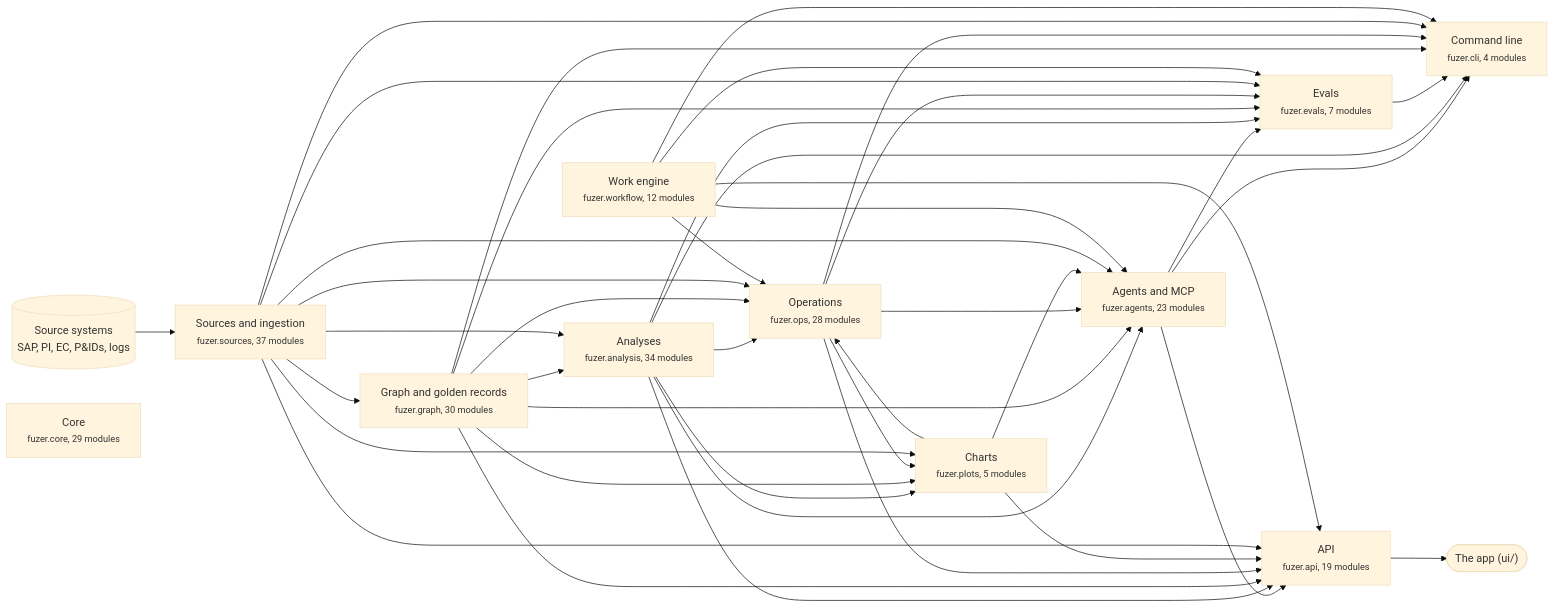
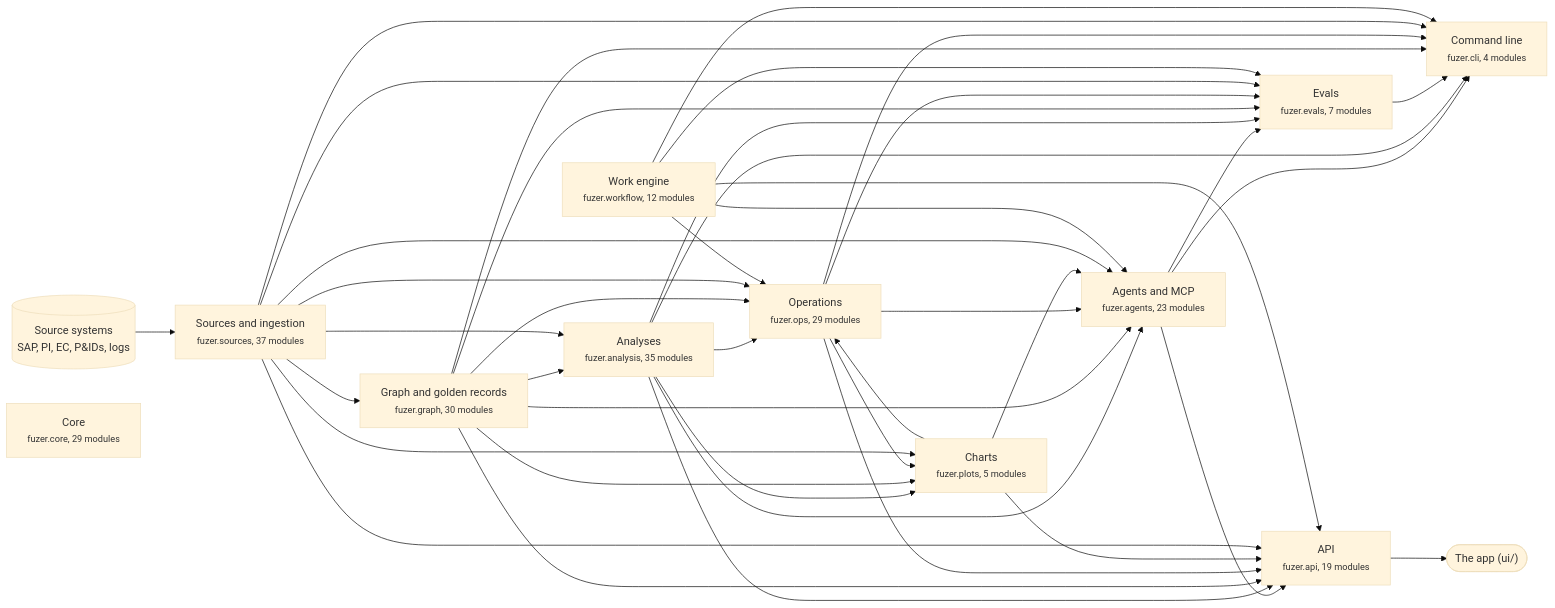
The first of 3 diagrams in docs/architecture.md (areed145/fuzer), drawn with Mermaid (base theme) before and after one commit. The commit also changed other lines of this file and 14 other files, not shown here.

````diff
--- a/docs/architecture.md
+++ b/docs/architecture.md
@@ -8,66 +8,66 @@
 ```mermaid
 flowchart LR
   systems[("Source systems<br>SAP, PI, EC, P&IDs, logs")] --> c_sources
   app(["The app (ui/)"])
   c_api --> app
   c_sources["Sources and ingestion<br><small>fuzer.sources, 37 modules</small>"]
   c_graph["Graph and golden records<br><small>fuzer.graph, 30 modules</small>"]
-  c_analysis["Analyses<br><small>fuzer.analysis, 34 modules</small>"]
-  c_ops["Operations<br><small>fuzer.ops, 28 modules</small>"]
+  c_analysis["Analyses<br><small>fuzer.analysis, 35 modules</small>"]
+  c_ops["Operations<br><small>fuzer.ops, 29 modules</small>"]
   c_plots["Charts<br><small>fuzer.plots, 5 modules</small>"]
   c_workflow["Work engine<br><small>fuzer.workflow, 12 modules</small>"]
   c_agents["Agents and MCP<br><small>fuzer.agents, 23 modules</small>"]
   c_evals["Evals<br><small>fuzer.evals, 7 modules</small>"]
   c_api["API<br><small>fuzer.api, 19 modules</small>"]
   c_cli["Command line<br><small>fuzer.cli, 4 modules</small>"]
   c_core["Core<br><small>fuzer.core, 29 modules</small>"]
   c_sources --> c_graph
   c_graph --> c_analysis
   c_sources --> c_analysis
   c_analysis --> c_ops
   c_graph --> c_ops
   c_plots --> c_ops
   c_sources --> c_ops
   c_workflow --> c_ops
   c_analysis --> c_plots
   c_graph --> c_plots
   c_ops --> c_plots
   c_sources --> c_plots
   c_analysis --> c_agents
   c_graph --> c_agents
   c_ops --> c_agents
   c_plots --> c_agents
   c_sources --> c_agents
   c_workflow --> c_agents
   c_agents --> c_evals
   c_analysis --> c_evals
   c_graph --> c_evals
   c_ops --> c_evals
   c_sources --> c_evals
   c_workflow --> c_evals
   c_agents --> c_api
   c_analysis --> c_api
   c_graph --> c_api
   c_ops --> c_api
   c_plots --> c_api
   c_sources --> c_api
   c_workflow --> c_api
   c_agents --> c_cli
   c_analysis --> c_cli
   c_evals --> c_cli
   c_graph --> c_cli
   c_ops --> c_cli
   c_sources --> c_cli
   c_workflow --> c_cli
   click c_sources "https://github.com/areed145/fuzer/tree/main/src/fuzer/sources"
   click c_graph "https://github.com/areed145/fuzer/tree/main/src/fuzer/graph"
   click c_analysis "https://github.com/areed145/fuzer/tree/main/src/fuzer/analysis"
   click c_ops "https://github.com/areed145/fuzer/tree/main/src/fuzer/ops"
   click c_plots "https://github.com/areed145/fuzer/tree/main/src/fuzer/plots"
   click c_workflow "https://github.com/areed145/fuzer/tree/main/src/fuzer/workflow"
   click c_agents "https://github.com/areed145/fuzer/tree/main/src/fuzer/agents"
   click c_evals "https://github.com/areed145/fuzer/tree/main/src/fuzer/evals"
   click c_api "https://github.com/areed145/fuzer/tree/main/src/fuzer/api"
   click c_cli "https://github.com/areed145/fuzer/tree/main/src/fuzer/cli"
   click c_core "https://github.com/areed145/fuzer/tree/main/src/fuzer/core"
 ```
````
